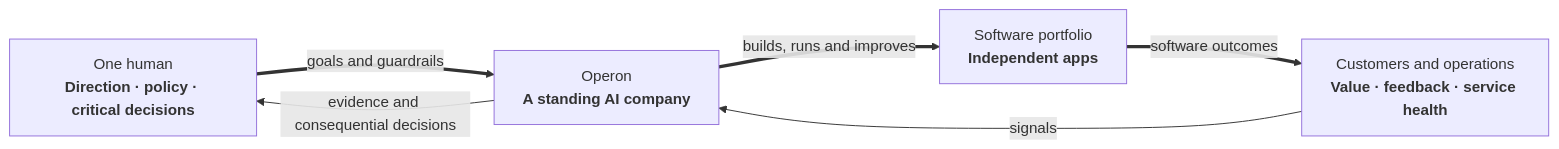
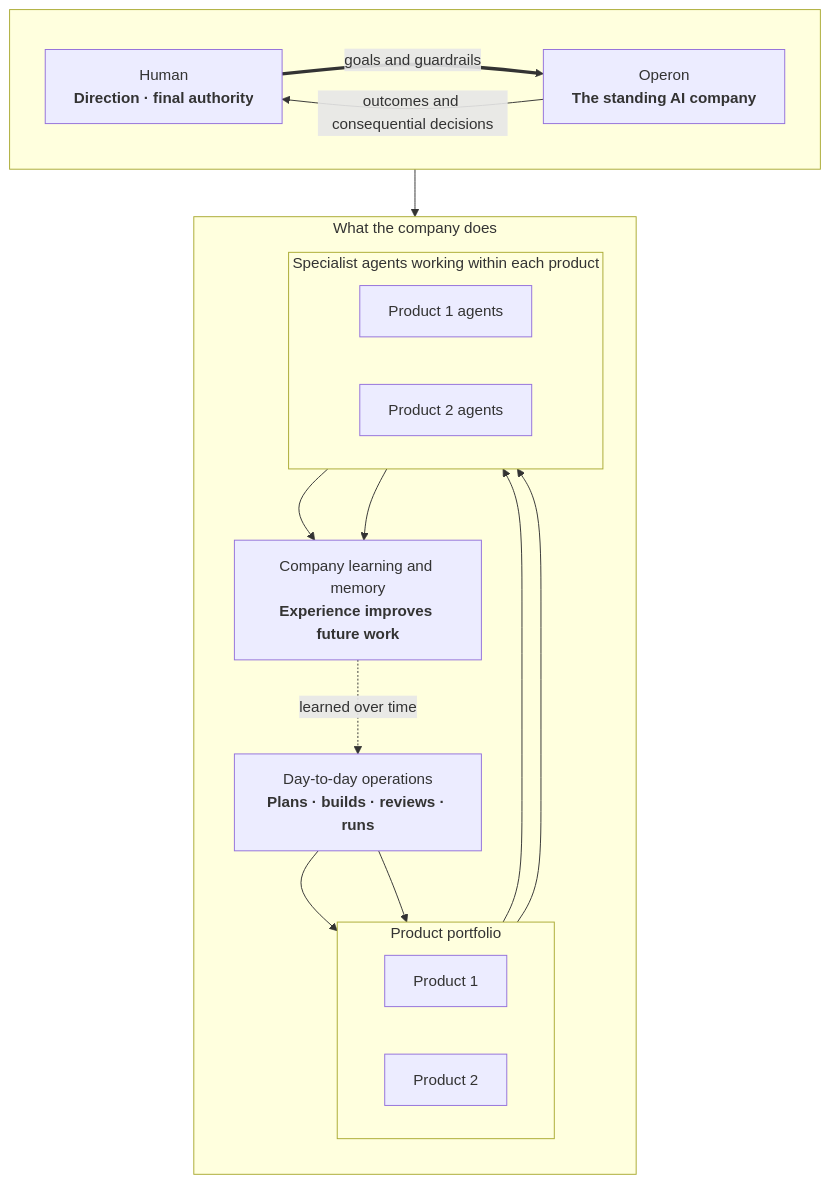
The diagram in docs/architecture/conceptual-overview.md (buildstacks-dev/Cormidia), drawn with Mermaid before and after one commit. The commit also changed other lines of this file, not shown here.

Commit message:
docs: simplify Operon conceptual overview

````diff
--- a/docs/architecture/conceptual-overview.md
+++ b/docs/architecture/conceptual-overview.md
@@ -10,13 +9,40 @@
 ```mermaid
-flowchart LR
-    HUMAN["One human<br/><b>Direction · policy · critical decisions</b>"]
-    OPERON["Operon<br/><b>A standing AI company</b>"]
-    APPS["Software portfolio<br/><b>Independent apps</b>"]
-    WORLD["Customers and operations<br/><b>Value · feedback · service health</b>"]
+flowchart TB
+    subgraph LEADERSHIP[" "]
+        direction LR
+        HUMAN["Human<br/><b>Direction · final authority</b>"]
+        COMPANY["Operon<br/><b>The standing AI company</b>"]
 
-    HUMAN ==>|goals and guardrails| OPERON
-    OPERON ==>|builds, runs and improves| APPS
-    APPS ==>|software outcomes| WORLD
-    WORLD -->|signals| OPERON
-    OPERON -->|evidence and consequential decisions| HUMAN
+        HUMAN ==>|goals and guardrails| COMPANY
+        COMPANY -->|outcomes and consequential decisions| HUMAN
+    end
+
+    subgraph WORK["What the company does"]
+        direction TB
+        OPERATIONS["Day-to-day operations<br/><b>Plans · builds · reviews · runs</b>"]
+
+        subgraph PORTFOLIO["Product portfolio"]
+            direction LR
+            PRODUCT_1["Product 1"]
+            PRODUCT_2["Product 2"]
+        end
+
+        subgraph TEAMS["Specialist agents working within each product"]
+            direction LR
+            TEAM_1["Product 1 agents"]
+            TEAM_2["Product 2 agents"]
+        end
+
+        LEARNING["Company learning and memory<br/><b>Experience improves future work</b>"]
+
+        OPERATIONS --> PRODUCT_1
+        OPERATIONS --> PRODUCT_2
+        PRODUCT_1 --> TEAM_1
+        PRODUCT_2 --> TEAM_2
+        TEAM_1 --> LEARNING
+        TEAM_2 --> LEARNING
+        LEARNING -.->|learned over time| OPERATIONS
+    end
+
+    COMPANY --> OPERATIONS
 ```
````
